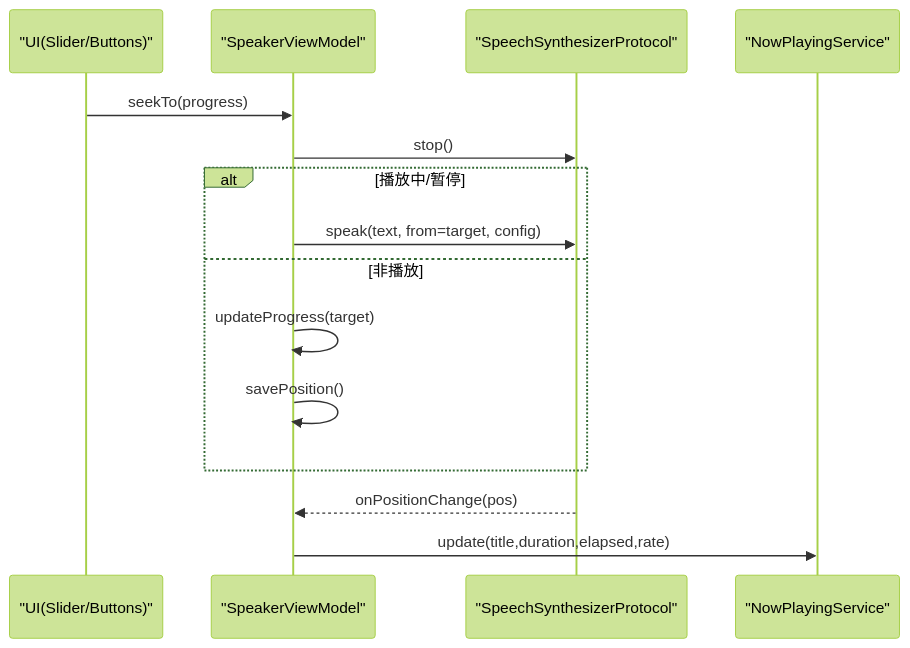
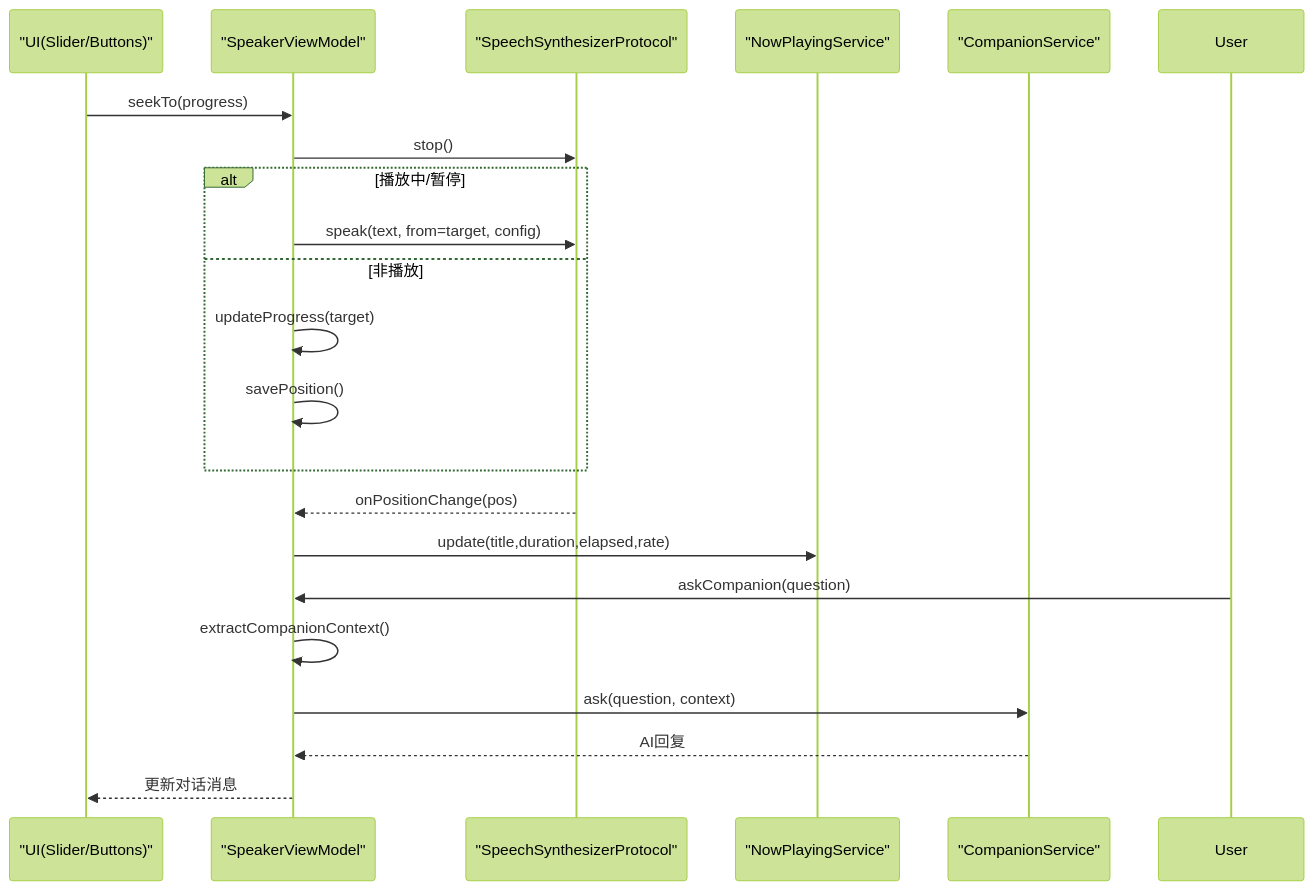
Before and after one commit to Primoguo/Knowledge: the sixth of 9 diagrams in .qoder/repowiki/zh/content/用户界面设计/播放器界面.md, drawn with Mermaid (forest theme). The commit also changed other lines of this file and 32 other files, not shown here.

````diff
--- a/.qoder/repowiki/zh/content/用户界面设计/播放器界面.md
+++ b/.qoder/repowiki/zh/content/用户界面设计/播放器界面.md
@@ -230,17 +307,23 @@
 ```mermaid
 sequenceDiagram
 participant UI as "UI(Slider/Buttons)"
 participant VM as "SpeakerViewModel"
 participant ST as "SpeechSynthesizerProtocol"
 participant NP as "NowPlayingService"
+participant CS as "CompanionService"
 UI->>VM : seekTo(progress)
 VM->>ST : stop()
 alt 播放中/暂停
 VM->>ST : speak(text, from=target, config)
 else 非播放
 VM->>VM : updateProgress(target)
 VM->>VM : savePosition()
 end
 ST-->>VM : onPositionChange(pos)
 VM->>NP : update(title,duration,elapsed,rate)
+User->>VM : askCompanion(question)
+VM->>VM : extractCompanionContext()
+VM->>CS : ask(question, context)
+CS-->>VM : AI回复
+VM-->>UI : 更新对话消息
 ```
````
